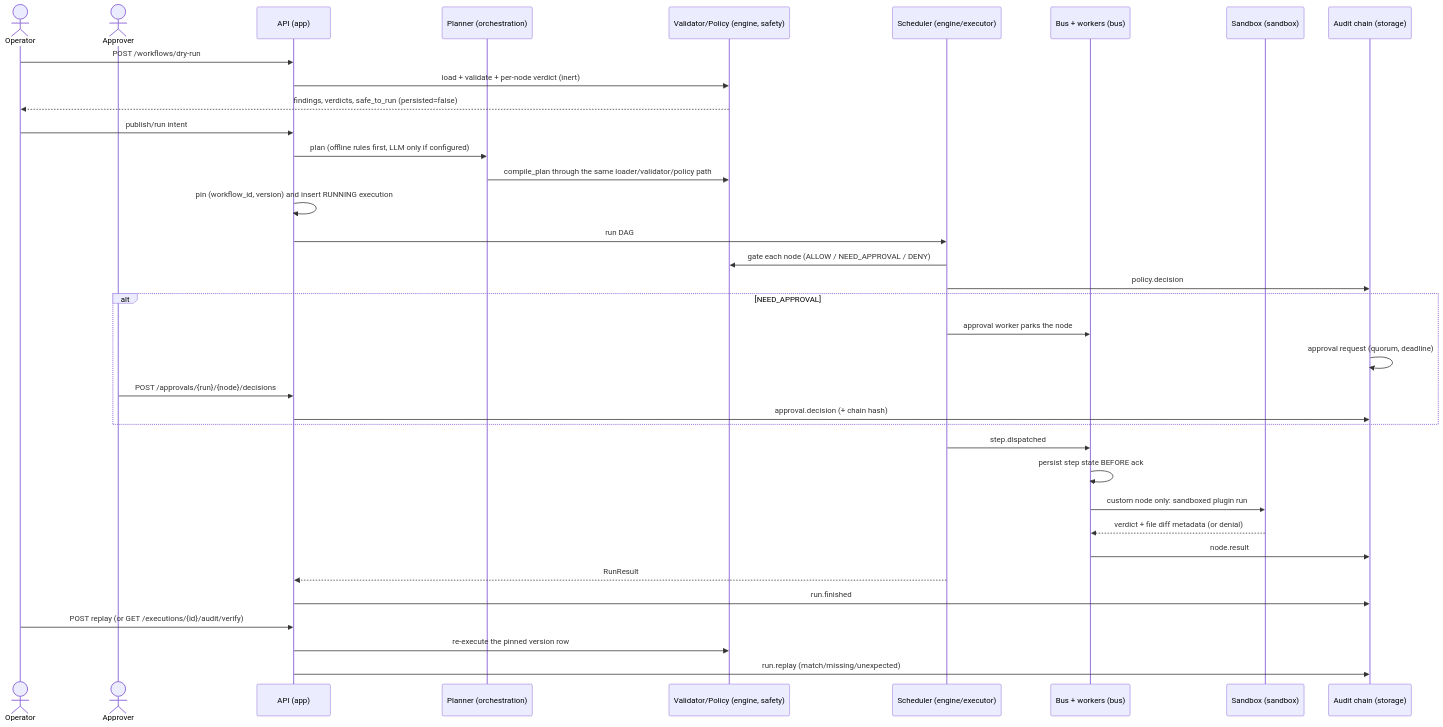
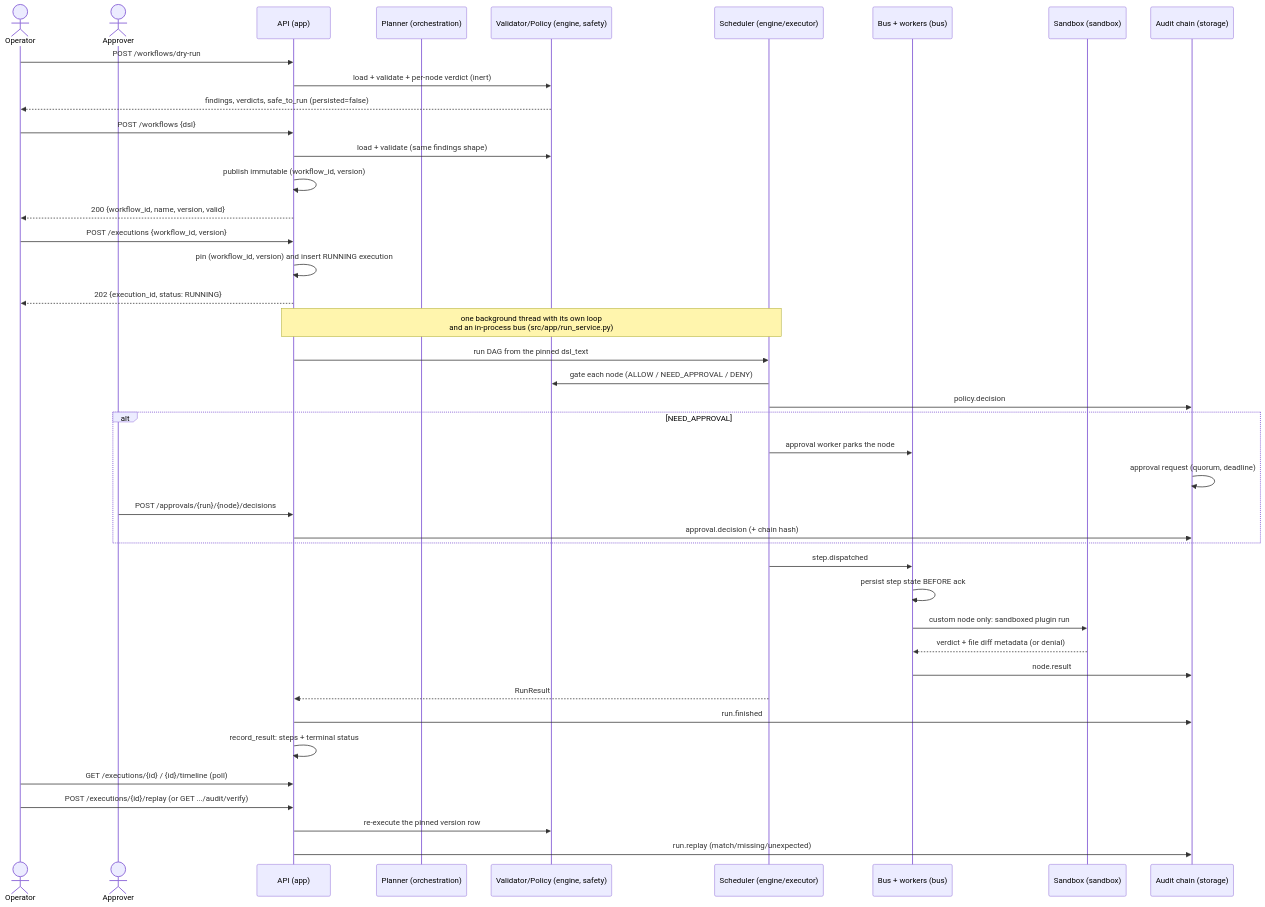
The fourth of 9 diagrams in docs/ARCHITECTURE.md (amir-khoshdel-louyeh/auto-system-agent), drawn with Mermaid before and after one commit. The commit also changed other lines of this file and 5 other files, not shown here.

First line of the commit message:
docs(traceability): map the new run path and launcher evidence [104]-[107]

````diff
--- a/docs/ARCHITECTURE.md
+++ b/docs/ARCHITECTURE.md
@@ -113,39 +119,45 @@
 ```mermaid
 sequenceDiagram
   actor O as Operator
   actor AP as Approver
   participant API as API (app)
   participant P as Planner (orchestration)
   participant V as Validator/Policy (engine, safety)
   participant S as Scheduler (engine/executor)
   participant B as Bus + workers (bus)
   participant X as Sandbox (sandbox)
   participant A as Audit chain (storage)
 
   O->>API: POST /workflows/dry-run
   API->>V: load + validate + per-node verdict (inert)
   V-->>O: findings, verdicts, safe_to_run (persisted=false)
-  O->>API: publish/run intent
-  API->>P: plan (offline rules first, LLM only if configured)
-  P->>V: compile_plan through the same loader/validator/policy path
+  O->>API: POST /workflows {dsl}
+  API->>V: load + validate (same findings shape)
+  API->>API: publish immutable (workflow_id, version)
+  API-->>O: 200 {workflow_id, name, version, valid}
+  O->>API: POST /executions {workflow_id, version}
   API->>API: pin (workflow_id, version) and insert RUNNING execution
-  API->>S: run DAG
+  API-->>O: 202 {execution_id, status: RUNNING}
+  Note over API,S: one background thread with its own loop<br/>and an in-process bus (src/app/run_service.py)
+  API->>S: run DAG from the pinned dsl_text
   S->>V: gate each node (ALLOW / NEED_APPROVAL / DENY)
   S->>A: policy.decision
   alt NEED_APPROVAL
     S->>B: approval worker parks the node
     A->>A: approval request (quorum, deadline)
     AP->>API: POST /approvals/{run}/{node}/decisions
     API->>A: approval.decision (+ chain hash)
   end
   S->>B: step.dispatched
   B->>B: persist step state BEFORE ack
   B->>X: custom node only: sandboxed plugin run
   X-->>B: verdict + file diff metadata (or denial)
   B->>A: node.result
   S-->>API: RunResult
   API->>A: run.finished
-  O->>API: POST replay (or GET /executions/{id}/audit/verify)
+  API->>API: record_result: steps + terminal status
+  O->>API: GET /executions/{id} / {id}/timeline (poll)
+  O->>API: POST /executions/{id}/replay (or GET .../audit/verify)
   API->>V: re-execute the pinned version row
   API->>A: run.replay (match/missing/unexpected)
 ```
````
